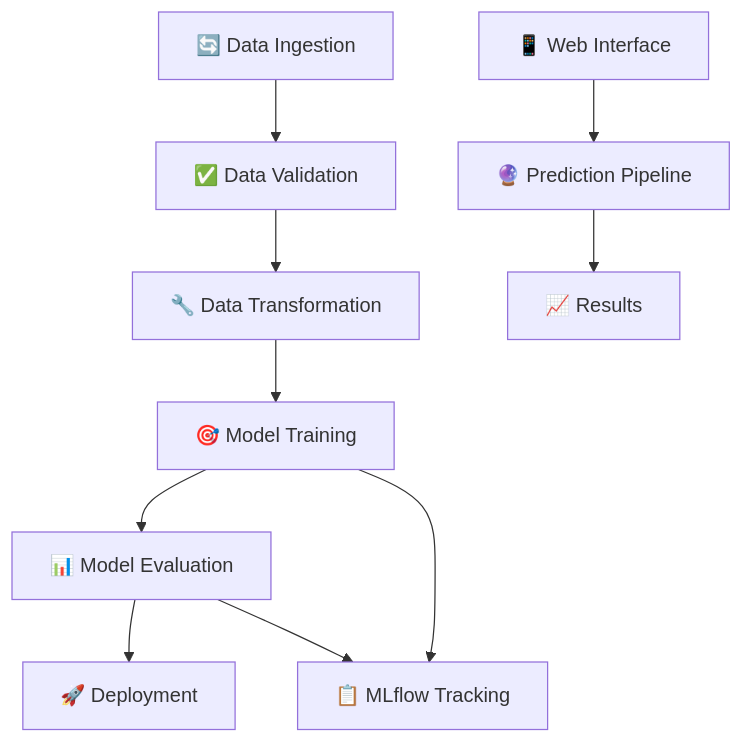
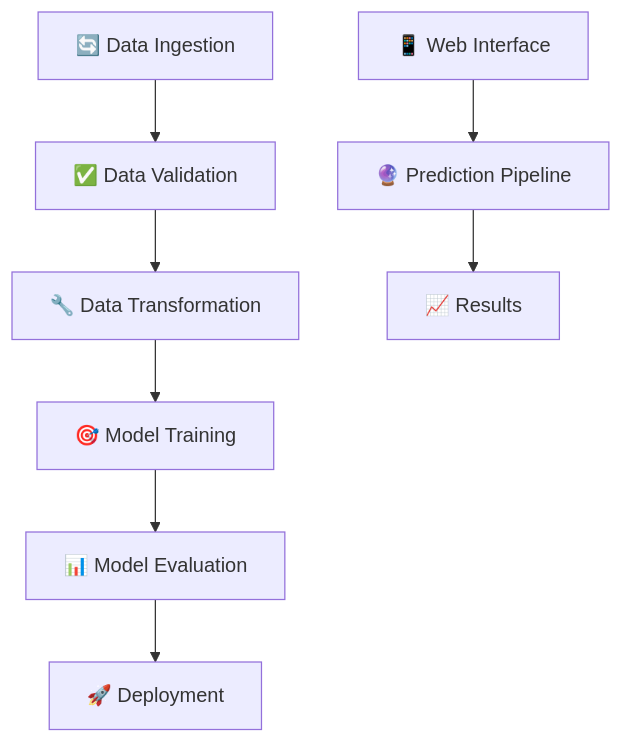
The diagram in README.md (Durgeshsingh12712/End-to-End-Unlocking-Youtube-Channel-Performance-Secrets), drawn with Mermaid before and after one commit. The commit also changed other lines of this file, not shown here.

````diff
--- a/README.md
+++ b/README.md
@@ -83,14 +83,13 @@
 ```mermaid
 graph TB
     A[🔄 Data Ingestion] --> B[✅ Data Validation]
     B --> C[🔧 Data Transformation]
     C --> D[🎯 Model Training]
     D --> E[📊 Model Evaluation]
     E --> F[🚀 Deployment]
     
     G[📱 Web Interface] --> H[🔮 Prediction Pipeline]
     H --> I[📈 Results]
     
-    D --> J[📋 MLflow Tracking]
-    E --> J
+    E 
 ```
````
